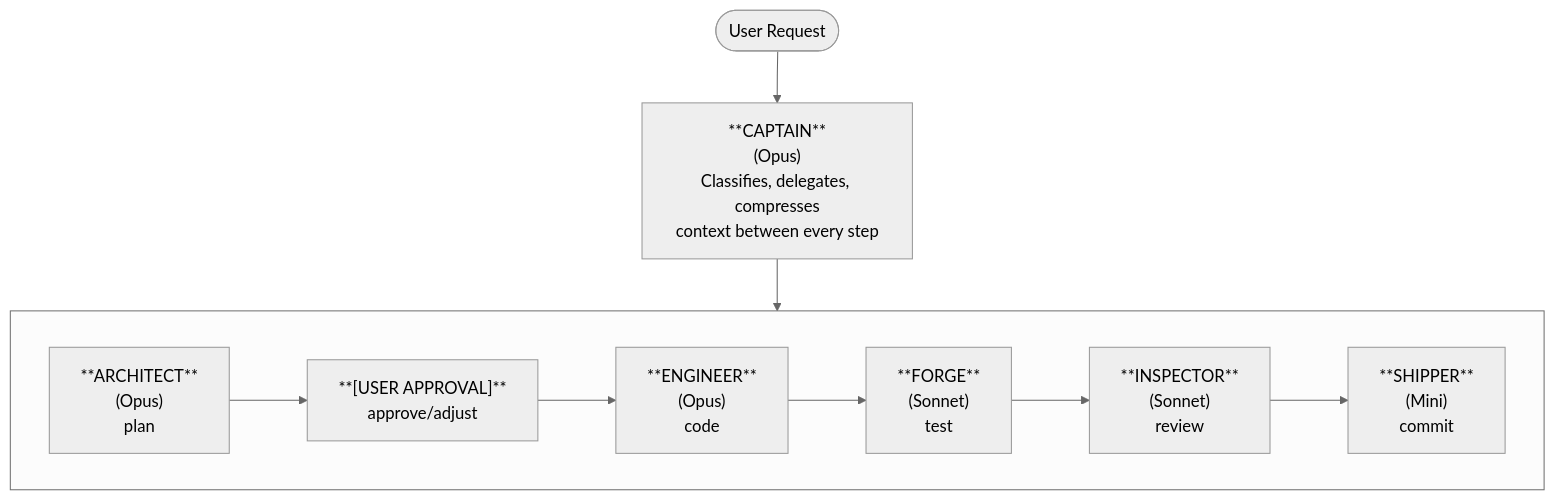
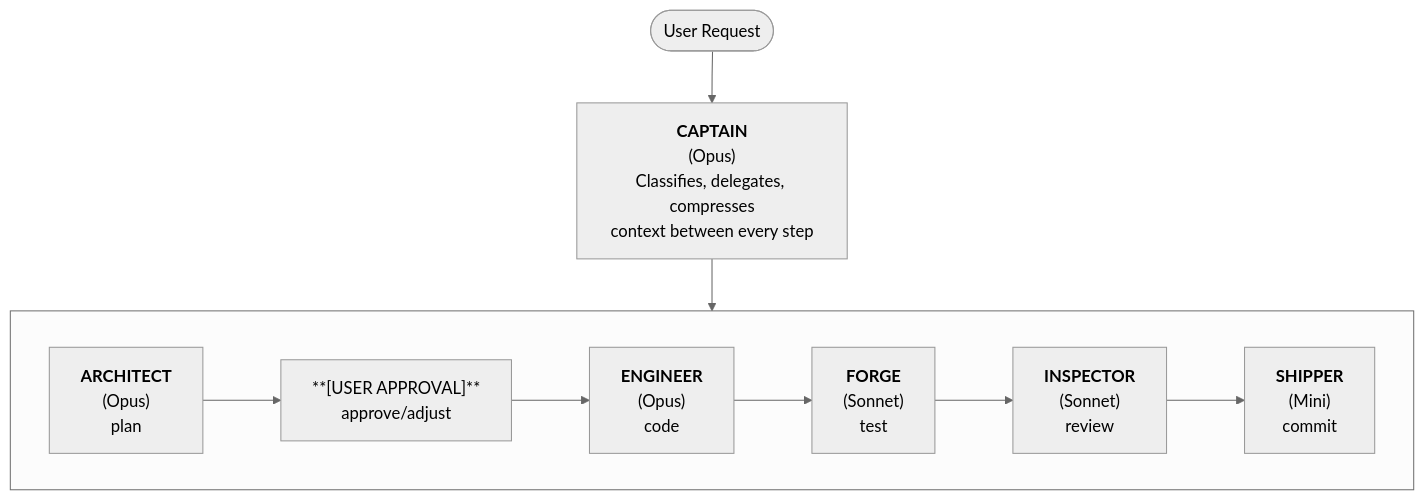
The third of 5 diagrams in README.md (san3jaya/agent-team-pipeline), drawn with Mermaid (neutral theme) before and after one commit. The commit also changed other lines of this file, not shown here.

````diff
--- a/README.md
+++ b/README.md
@@ -65,17 +65,17 @@
 ```mermaid
 graph TD
     UserRequest([User Request]) --> Captain
 
-    Captain["**CAPTAIN**<br/>(Opus)<br/>Classifies, delegates, compresses<br/>context between every step"]
+    Captain["<b>CAPTAIN</b><br/>(Opus)<br/>Classifies, delegates, compresses<br/>context between every step"]
 
     Captain --> Architect
     
     subgraph Execution_Pipeline [" "]
         direction LR
-        Architect["**ARCHITECT**<br/>(Opus)<br/>plan"] --> UserApproval["**[USER APPROVAL]**<br/>approve/adjust"]
-        UserApproval --> Engineer["**ENGINEER**<br/>(Opus)<br/>code"]
-        Engineer --> Forge["**FORGE**<br/>(Sonnet)<br/>test"]
-        Forge --> Inspector["**INSPECTOR**<br/>(Sonnet)<br/>review"]
-        Inspector --> Shipper["**SHIPPER**<br/>(Mini)<br/>commit"]
+        Architect["<b>ARCHITECT</b><br/>(Opus)<br/>plan"] --> UserApproval["**[USER APPROVAL]**<br/>approve/adjust"]
+        UserApproval --> Engineer["<b>ENGINEER</b><br/>(Opus)<br/>code"]
+        Engineer --> Forge["<b>FORGE</b><br/>(Sonnet)<br/>test"]
+        Forge --> Inspector["<b>INSPECTOR</b><br/>(Sonnet)<br/>review"]
+        Inspector --> Shipper["<b>SHIPPER</b><br/>(Mini)<br/>commit"]
     end
 ```
````
